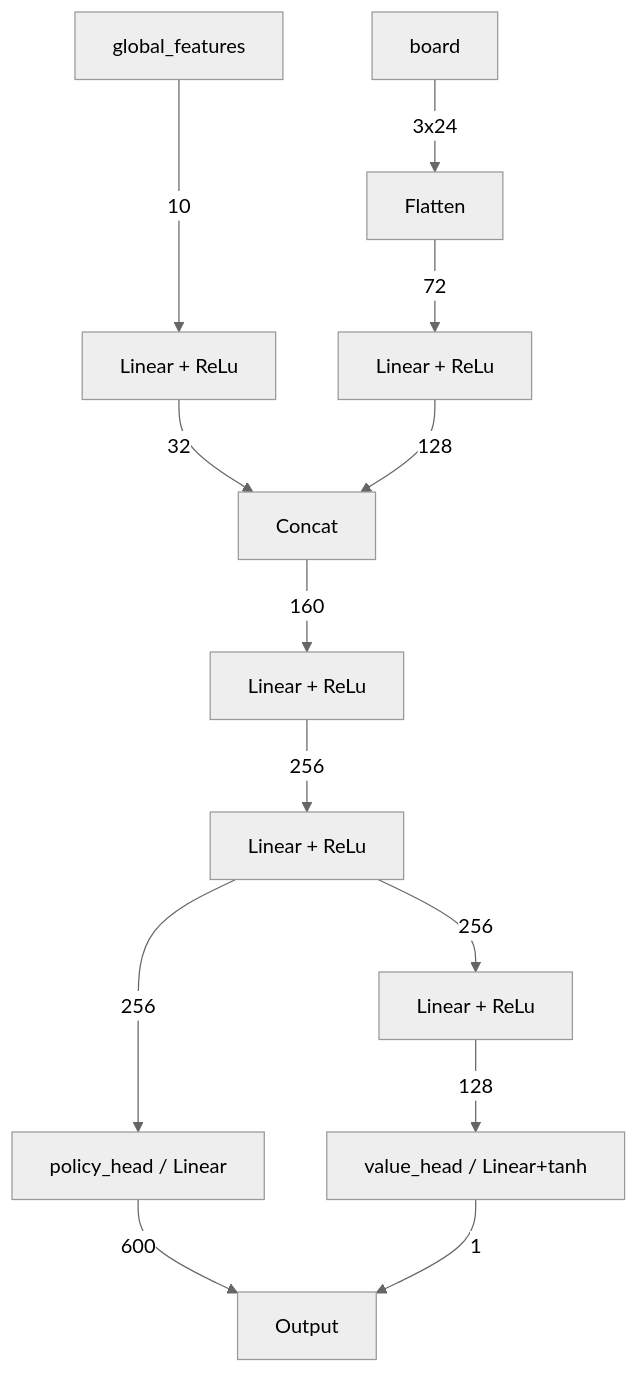
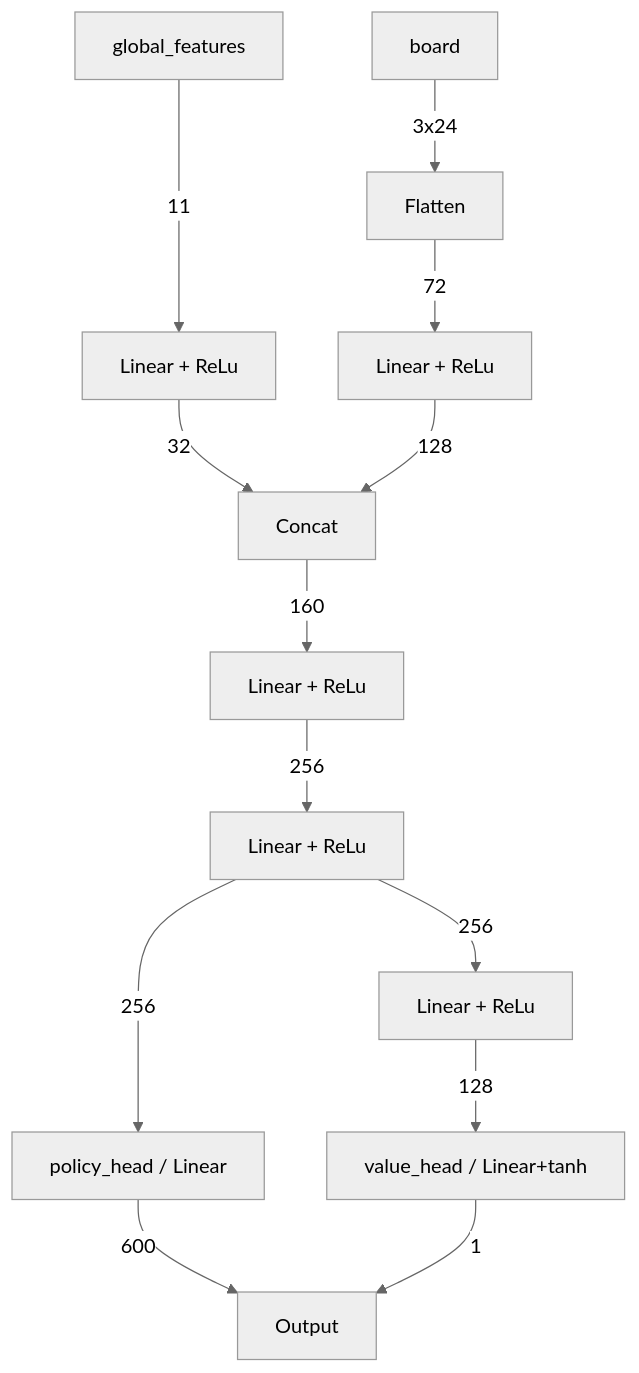
The diagram in docs/ai.mmd (eganscha/robo-muehle), drawn with Mermaid (neutral theme) before and after one commit. The commit also changed 1 other file, not shown here.

Commit message:
update graph

```diff
--- a/docs/ai.mmd
+++ b/docs/ai.mmd
@@ -1,9 +1,9 @@
 graph TD
-    B["global_features"] --->|10| D["Linear + ReLu"] --> |32|F
+    B["global_features"] --->|11| D["Linear + ReLu"] --> |32|F
     A["board"] -->|3x24| C["Flatten"]
     C --> |72| E["Linear + ReLu"]
     E -->|128| F[Concat]
     F -->|160| G[Linear + ReLu]
     G -->|256| H[Linear + ReLu]
     H -->|256| I[policy_head / Linear] -->|600| J[Output]
     H -->|256| K[Linear + ReLu] -->|128| L[value_head / Linear+tanh] --> |1| J
```
